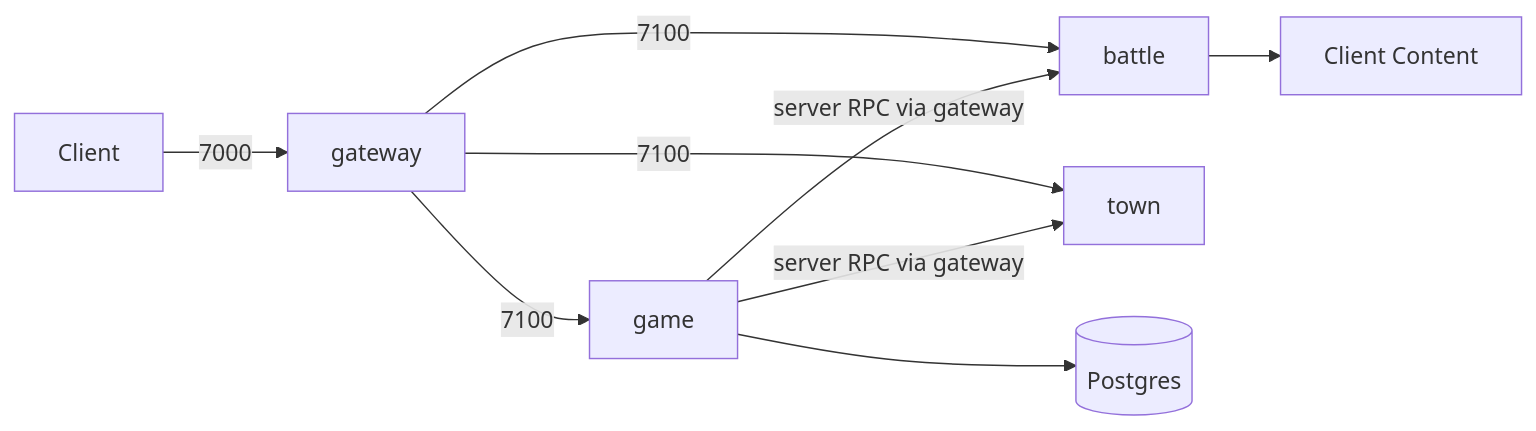
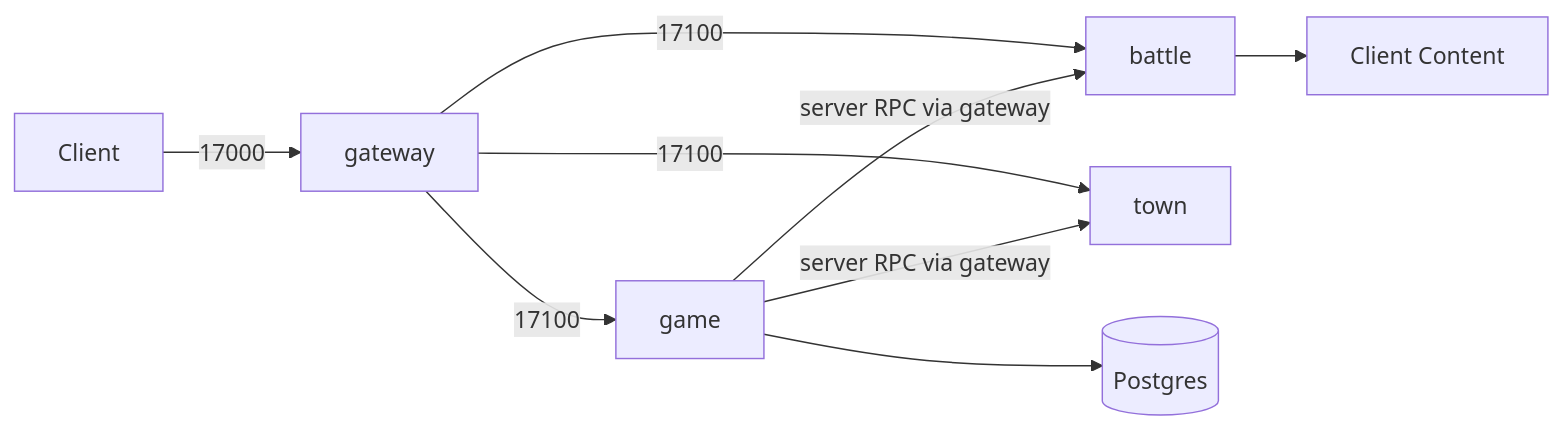
Before and after one commit to tkzcfc/AxmolFighter-Server: the diagram in README.md, drawn with Mermaid. The commit also changed other lines of this file and 10 other files, not shown here.

````diff
--- a/README.md
+++ b/README.md
@@ -18,11 +18,11 @@
 ```mermaid
 flowchart LR
-  Client[Client] -->|"7000"| Gateway[gateway]
-  Gateway -->|"7100"| Game[game]
-  Gateway -->|"7100"| Battle[battle]
-  Gateway -->|"7100"| Town[town]
+  Client[Client] -->|"17000"| Gateway[gateway]
+  Gateway -->|"17100"| Game[game]
+  Gateway -->|"17100"| Battle[battle]
+  Gateway -->|"17100"| Town[town]
   Game -->|"server RPC via gateway"| Battle
   Game -->|"server RPC via gateway"| Town
   Game --> DB[(Postgres)]
   Battle --> Content[Client Content]
 ```
````
